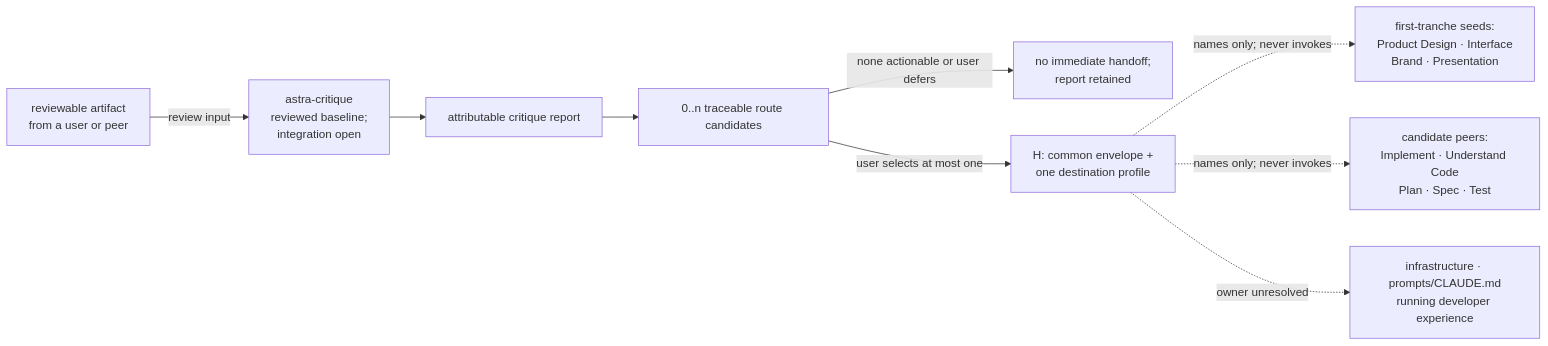
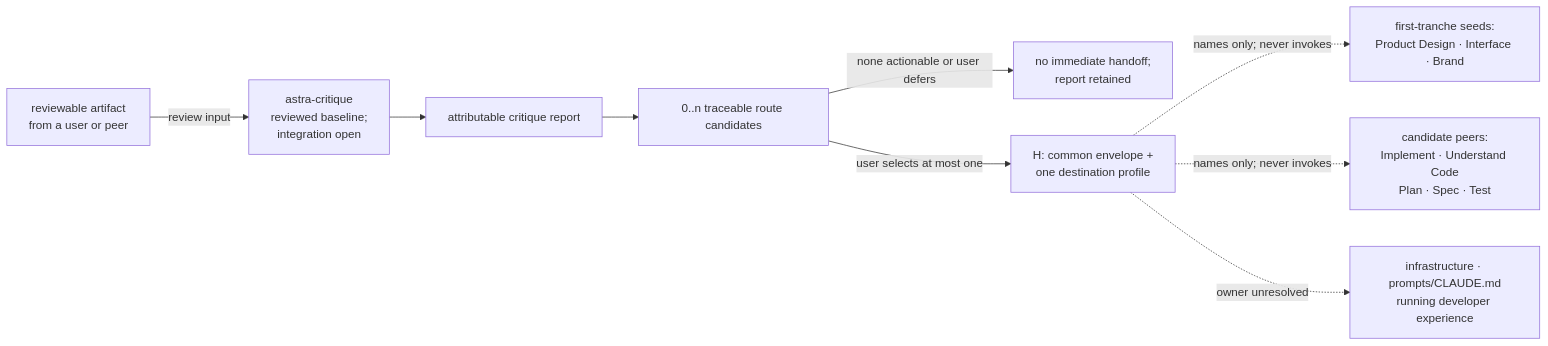
The second of 2 diagrams in docs/design-roadmap.md (KuroPhoenix/Astra-Skills), drawn with Mermaid before and after one commit. The commit also changed other lines of this file and 1 other file, not shown here.

First line of the commit message:
docs: integrate wave 1 design triage as roadmap amendment 3

````diff
--- a/docs/design-roadmap.md
+++ b/docs/design-roadmap.md
@@ -192,11 +207,11 @@
 ```mermaid
 flowchart LR
     artifact["reviewable artifact<br/>from a user or peer"] -->|review input| critique["astra-critique<br/>reviewed baseline;<br/>integration open"]
     critique --> report["attributable critique report"]
     report --> routes["0..n traceable route candidates"]
     routes -->|none actionable or user defers| none["no immediate handoff;<br/>report retained"]
     routes -->|user selects at most one| handoff["H: common envelope +<br/>one destination profile"]
-    handoff -.->|names only; never invokes| seeded["first-tranche seeds:<br/>Product Design · Interface<br/>Brand · Presentation"]
+    handoff -.->|names only; never invokes| seeded["first-tranche seeds:<br/>Product Design · Interface · Brand"]
     handoff -.->|names only; never invokes| candidate["candidate peers:<br/>Implement · Understand Code<br/>Plan · Spec · Test"]
     handoff -.->|owner unresolved| unresolved["infrastructure · prompts/CLAUDE.md<br/>running developer experience"]
 ```
````
